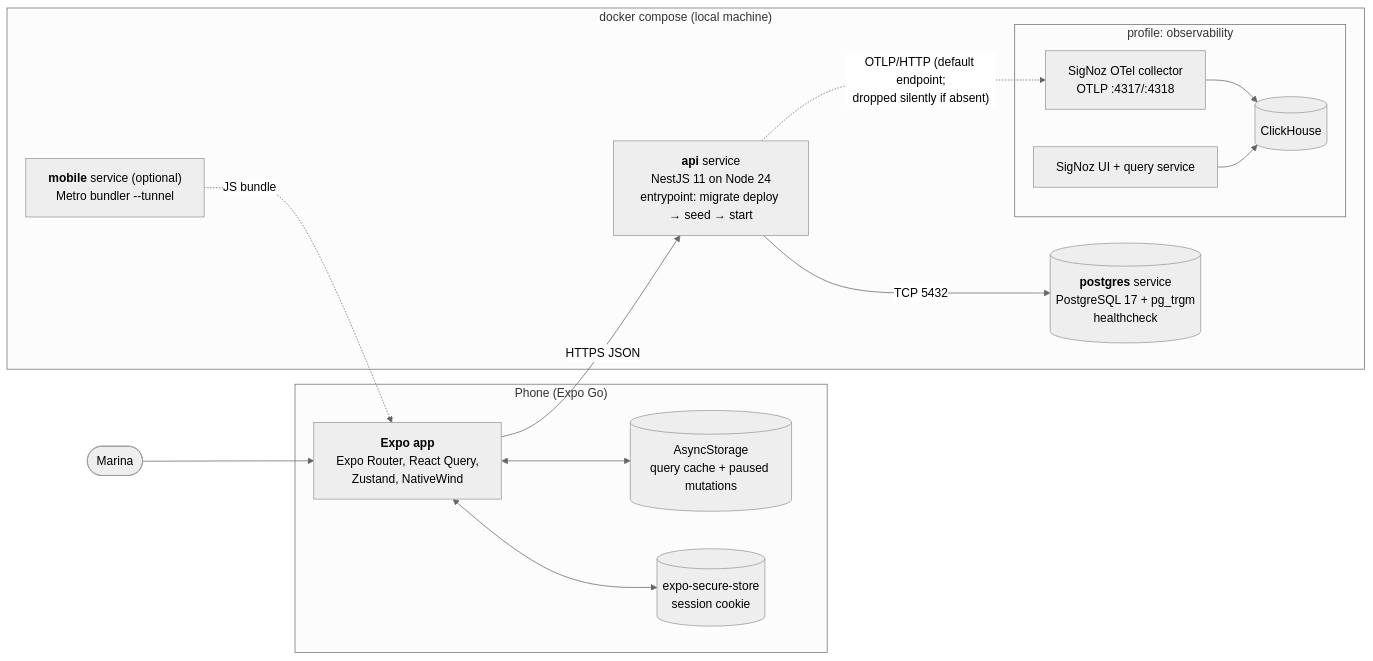
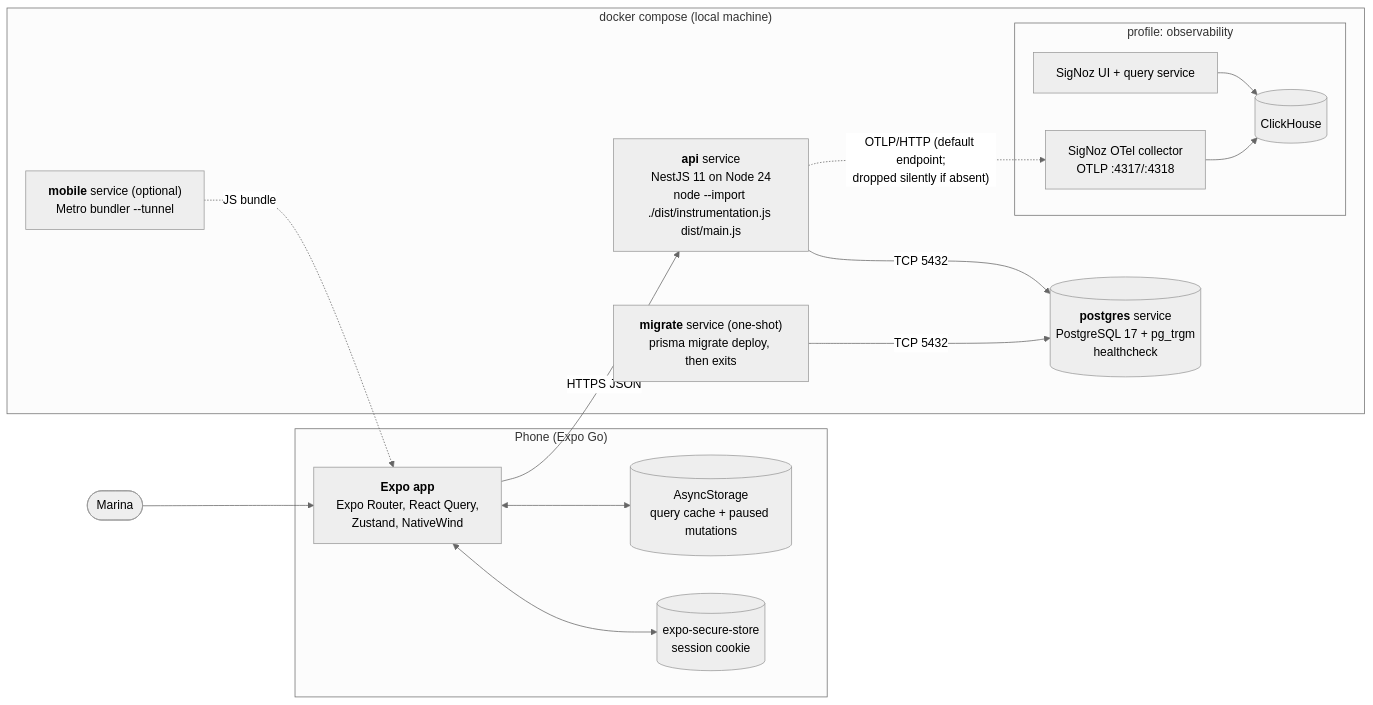
One commit to rodriguesdenis/hitss changed the second of 6 diagrams in docs/architecture/overview.md. Above: the diagram before and after it, drawn with Mermaid (neutral theme). The commit also changed other lines of this file, not shown here.

First line of the commit message:
docs: align the architecture overview with session 2

````diff
--- a/docs/architecture/overview.md
+++ b/docs/architecture/overview.md
@@ -38,31 +38,33 @@
 ```mermaid
 flowchart LR
   user(["Marina"])
 
   subgraph device["Phone (Expo Go)"]
     mobile["<b>Expo app</b><br/>Expo Router, React Query,<br/>Zustand, NativeWind"]
     store[("AsyncStorage<br/>query cache + paused mutations")]
     secure[("expo-secure-store<br/>session cookie")]
   end
 
   subgraph compose["docker compose (local machine)"]
     metro["<b>mobile</b> service (optional)<br/>Metro bundler --tunnel"]
-    api["<b>api</b> service<br/>NestJS 11 on Node 24<br/>entrypoint: migrate deploy → seed → start"]
+    migrate["<b>migrate</b> service (one-shot)<br/>prisma migrate deploy, then exits"]
+    api["<b>api</b> service<br/>NestJS 11 on Node 24<br/>node --import ./dist/instrumentation.js dist/main.js"]
     pg[("<b>postgres</b> service<br/>PostgreSQL 17 + pg_trgm<br/>healthcheck")]
     subgraph obs["profile: observability"]
       otel["SigNoz OTel collector<br/>OTLP :4317/:4318"]
       signoz["SigNoz UI + query service"]
       ch[("ClickHouse")]
     end
   end
 
   user --> mobile
   mobile <--> store
   mobile <--> secure
   metro -. "JS bundle" .-> mobile
   mobile -- "HTTPS JSON" --> api
+  migrate -- "TCP 5432" --> pg
   api -- "TCP 5432" --> pg
   api -. "OTLP/HTTP (default endpoint;<br/>dropped silently if absent)" .-> otel
   otel --> ch
   signoz --> ch
 ```
````
